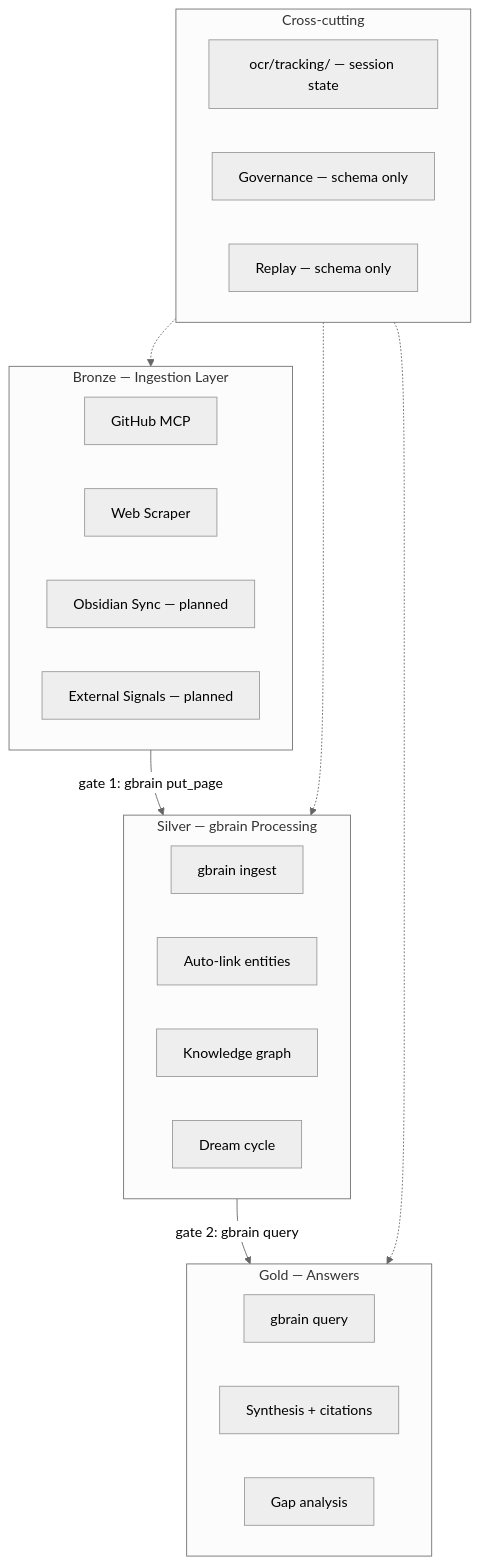
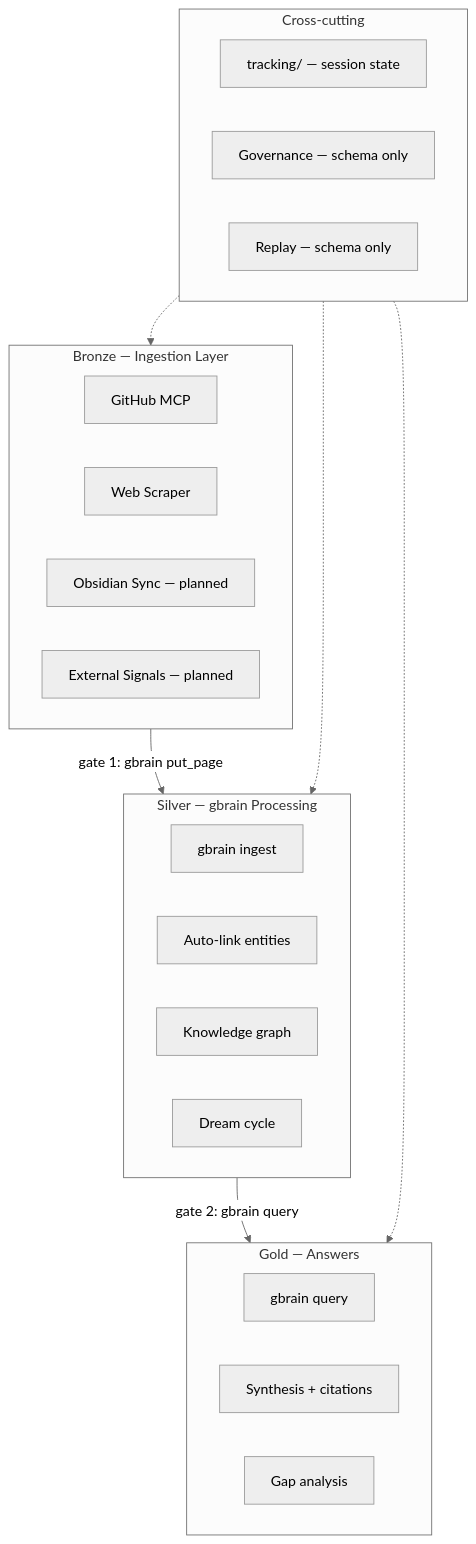
Before and after one commit to wellnessshabz-dev/ocr: the diagram in AGENTS.md, drawn with Mermaid (neutral theme). The commit also changed other lines of this file and 11 other files, not shown here.

````diff
--- a/AGENTS.md
+++ b/AGENTS.md
@@ -76,34 +76,34 @@
 ```mermaid
 graph TB
     subgraph BRONZE["Bronze — Ingestion Layer"]
         GH[GitHub MCP]
         WS[Web Scraper]
         OB[Obsidian Sync — planned]
         EX[External Signals — planned]
     end
 
     subgraph SILVER["Silver — gbrain Processing"]
         GI[gbrain ingest]
         AL[Auto-link entities]
         KG[Knowledge graph]
         DC[Dream cycle]
     end
 
     subgraph GOLD["Gold — Answers"]
         GQ[gbrain query]
         SA[Synthesis + citations]
         GA[Gap analysis]
     end
 
     subgraph GOV["Cross-cutting"]
-        TR[ocr/tracking/ — session state]
+        TR[tracking/ — session state]
         GL[Governance — schema only]
         RM[Replay — schema only]
     end
 
     BRONZE --> |gate 1: gbrain put_page| SILVER
     SILVER --> |gate 2: gbrain query| GOLD
     GOV -.-> BRONZE
     GOV -.-> SILVER
     GOV -.-> GOLD
 ```
````
